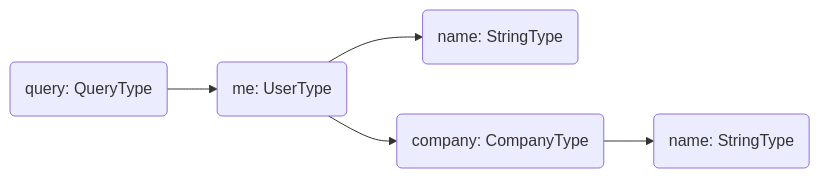
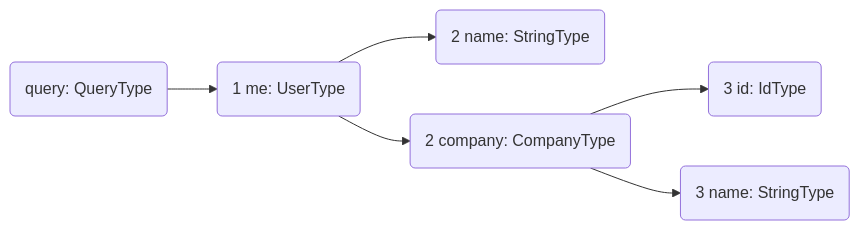
Before and after one commit to dmg-hamann/hotchocolate: the diagram in website/src/docs/hotchocolate/fetching-data/index.md, drawn with Mermaid. The commit also changed other lines of this file, not shown here.

````diff
--- a/website/src/docs/hotchocolate/fetching-data/index.md
+++ b/website/src/docs/hotchocolate/fetching-data/index.md
@@ -34,7 +33,8 @@
 ```mermaid
 graph LR
-  A(query: QueryType) --> B("me: UserType")
-  B --> C("name: StringType")
-  B --> D("company: CompanyType")
-  D --> E("name: StringType")
+  A(query: QueryType) --> B(1 me: UserType)
+  B --> C(2 name: StringType)
+  B --> D(2 company: CompanyType)
+  D --> E(3 id: IdType)
+  D --> F(3 name: StringType)
 ```
````
